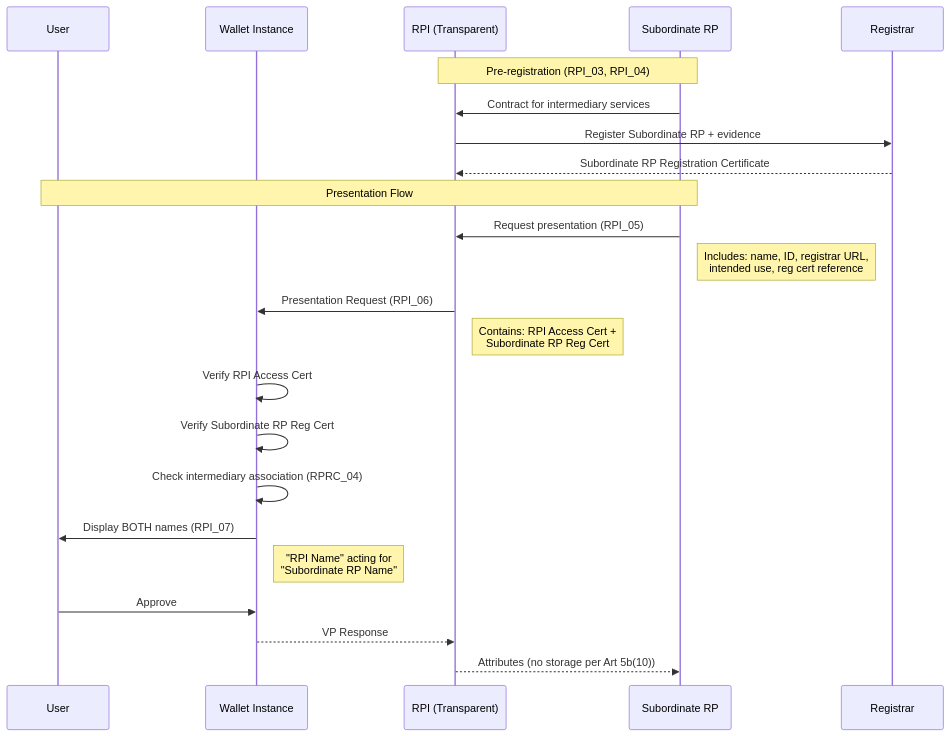
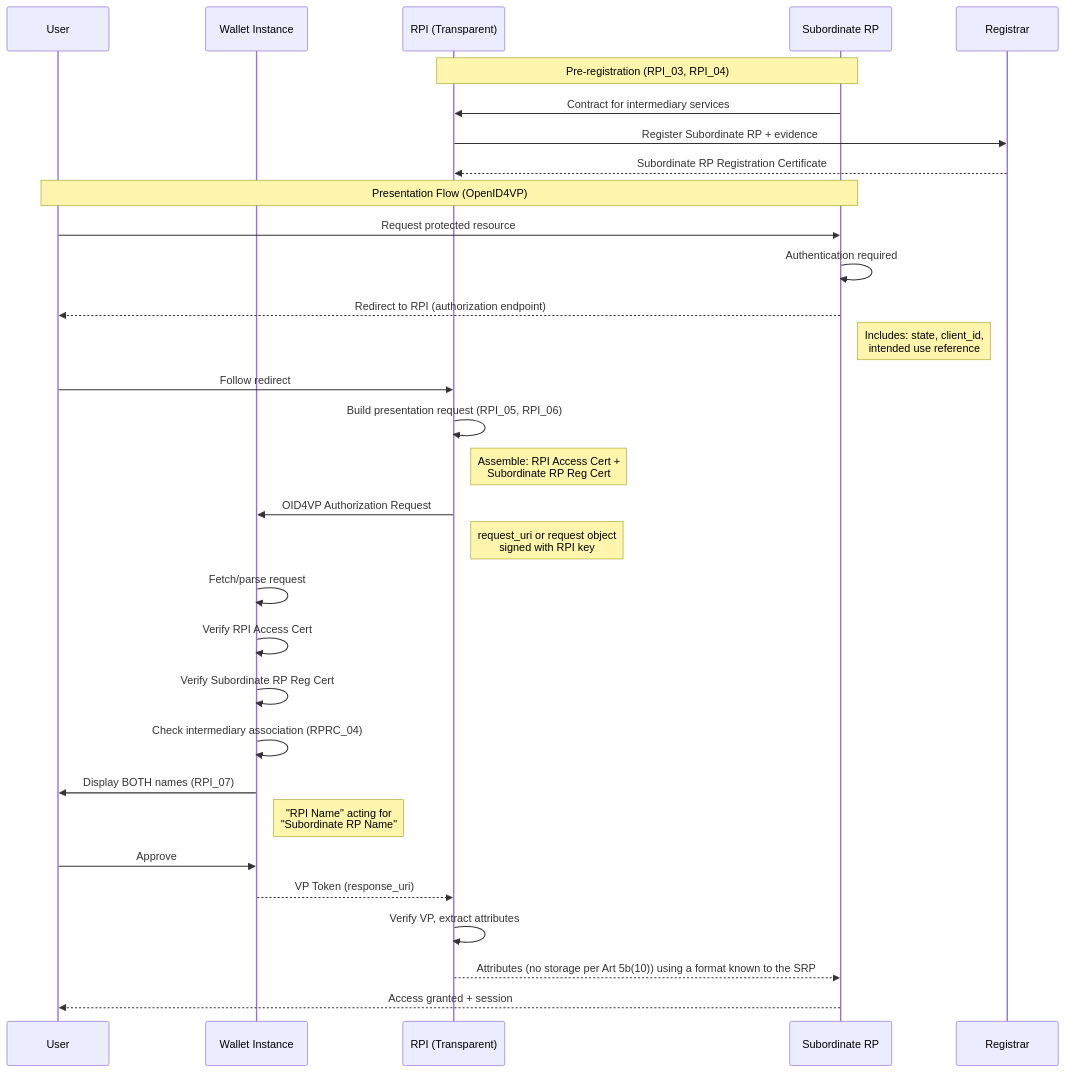
The second of 6 diagrams in webuild-drafts/webuild-draft-rpi-impl-scenarios.md (webuild-consortium/architecture), drawn with Mermaid before and after one commit.

Commit message:
more detailed RPI presentation flow

````diff
--- a/webuild-drafts/webuild-draft-rpi-impl-scenarios.md
+++ b/webuild-drafts/webuild-draft-rpi-impl-scenarios.md
@@ -77,31 +77,41 @@
 ```mermaid
 sequenceDiagram
     participant User
     participant WI as Wallet Instance
     participant RPI as RPI (Transparent)
     participant SRP as Subordinate RP
     participant REG as Registrar
     
     Note over SRP,RPI: Pre-registration (RPI_03, RPI_04)
     SRP->>RPI: Contract for intermediary services
     RPI->>REG: Register Subordinate RP + evidence
     REG-->>RPI: Subordinate RP Registration Certificate
     
-    Note over User,SRP: Presentation Flow
-    SRP->>RPI: Request presentation (RPI_05)
-    Note right of SRP: Includes: name, ID, registrar URL,<br/>intended use, reg cert reference
+    Note over User,SRP: Presentation Flow (OpenID4VP)
     
-    RPI->>WI: Presentation Request (RPI_06)
-    Note right of RPI: Contains: RPI Access Cert +<br/>Subordinate RP Reg Cert
+    User->>SRP: Request protected resource
+    SRP->>SRP: Authentication required
+    SRP-->>User: Redirect to RPI (authorization endpoint)
+    Note right of SRP: Includes: state, client_id,<br/>intended use reference
     
+    User->>RPI: Follow redirect
+    RPI->>RPI: Build presentation request (RPI_05, RPI_06)
+    Note right of RPI: Assemble: RPI Access Cert +<br/>Subordinate RP Reg Cert
+    
+    RPI->>WI: OID4VP Authorization Request
+    Note right of RPI: request_uri or request object<br/>signed with RPI key
+    
+    WI->>WI: Fetch/parse request
     WI->>WI: Verify RPI Access Cert
     WI->>WI: Verify Subordinate RP Reg Cert
     WI->>WI: Check intermediary association (RPRC_04)
     
     WI->>User: Display BOTH names (RPI_07)
     Note right of WI: "RPI Name" acting for<br/>"Subordinate RP Name"
     
     User->>WI: Approve
-    WI-->>RPI: VP Response
-    RPI-->>SRP: Attributes (no storage per Art 5b(10))
+    WI-->>RPI: VP Token (response_uri)
+    RPI->>RPI: Verify VP, extract attributes
+    RPI-->>SRP: Attributes (no storage per Art 5b(10)) using a format known to the SRP
+    SRP-->>User: Access granted + session
 ```
````
